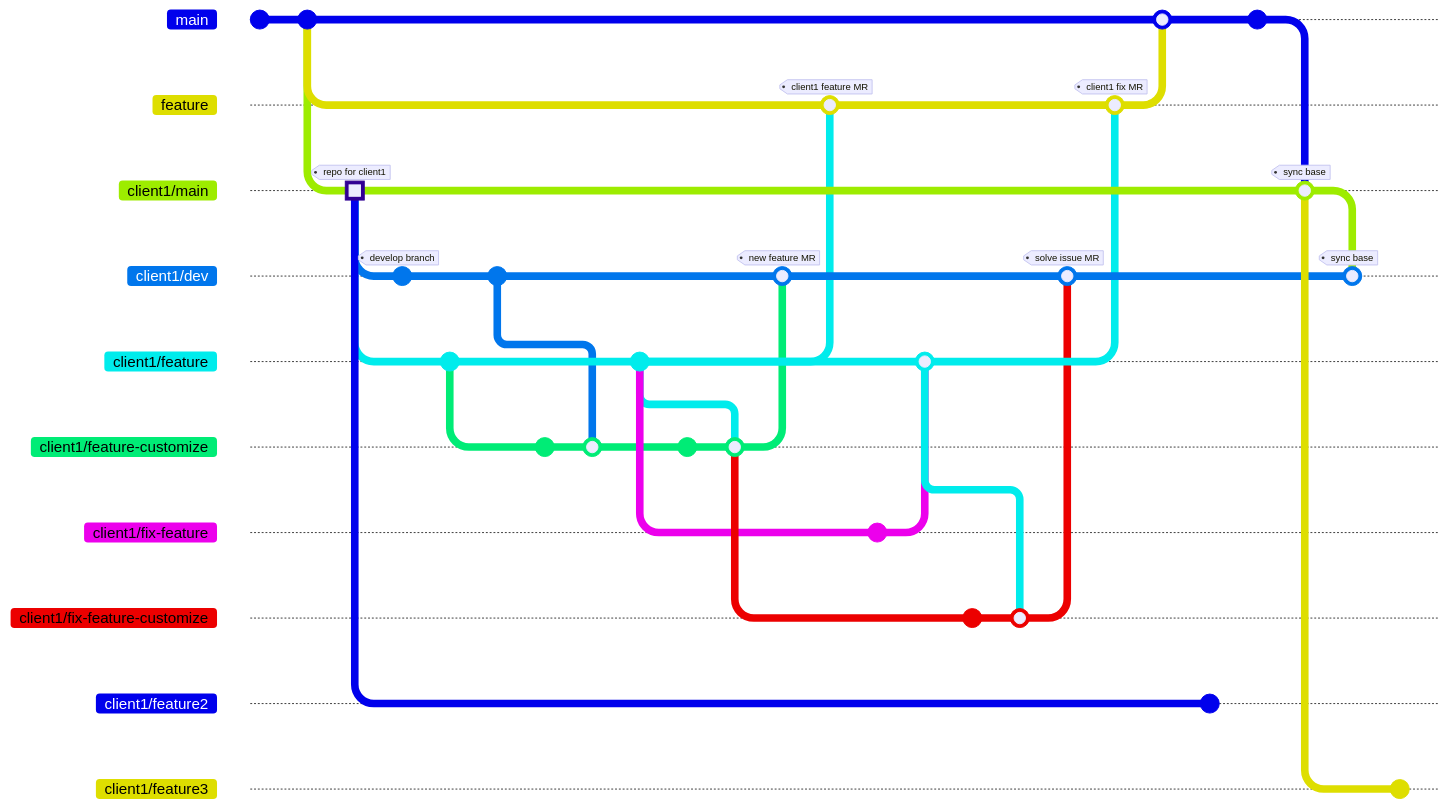
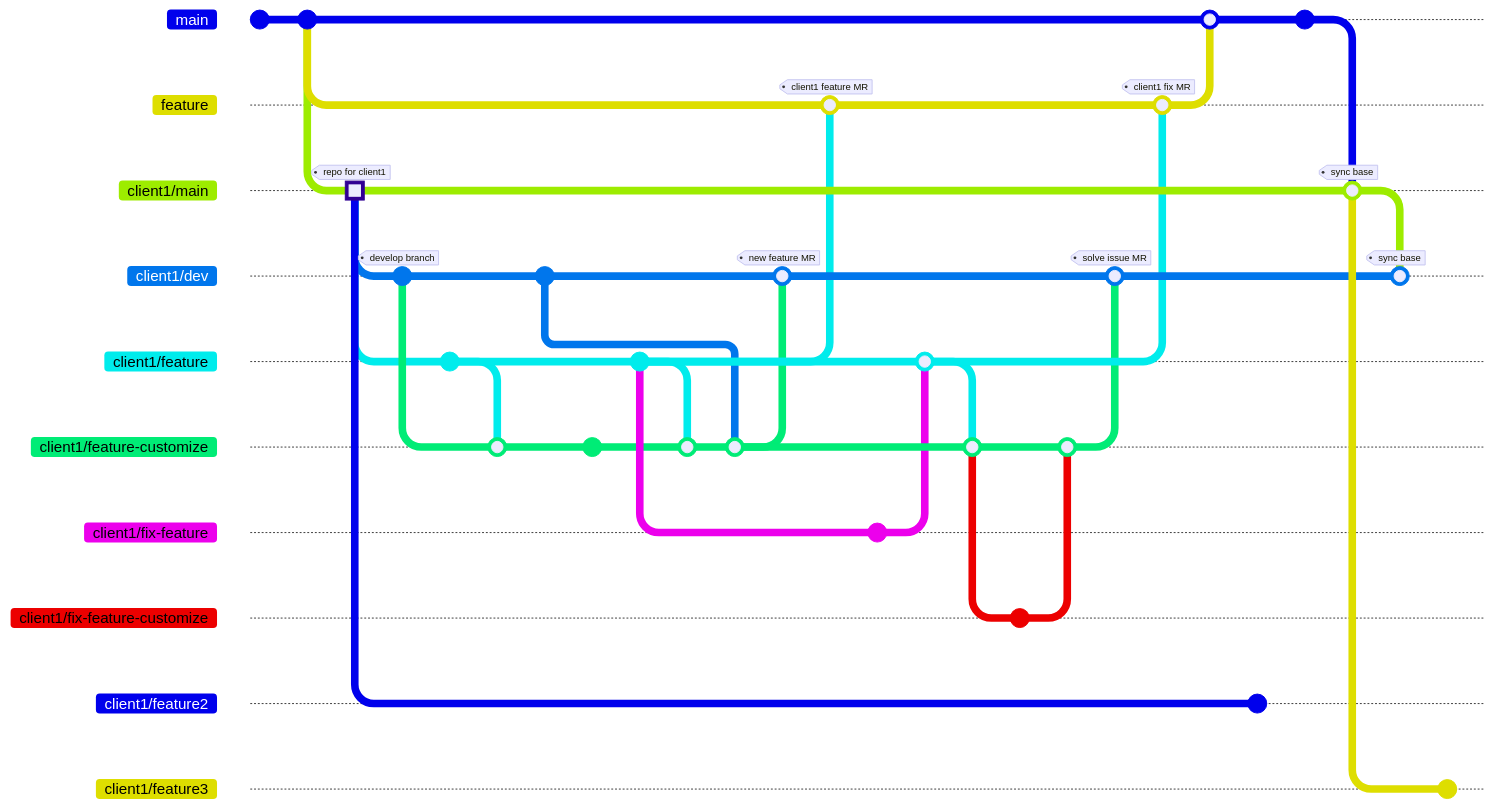
One commit to tsengyushiang/notes changed the second of 2 diagrams in git/workflow.md. Above: the diagram before and after it, drawn with Mermaid. Commit ids are hidden.

````diff
--- a/git/workflow.md
+++ b/git/workflow.md
@@ -40,58 +40,61 @@
 ```mermaid
 %%{init: { 'gitGraph': {'showCommitLabel': false}} }%%
 
 gitGraph
     commit
     commit
     branch feature
     branch client1/main
     commit tag:"repo for client1" type: HIGHLIGHT
     branch client1/dev
     commit tag:"develop branch"
     checkout client1/main
     branch client1/feature
     commit
     checkout client1/dev
+    branch client1/feature-customize
+    merge client1/feature
+    checkout client1/dev
     commit id:"other feature"
-    checkout client1/feature
-    branch client1/feature-customize
+    checkout client1/feature-customize
     commit
-    merge client1/dev
     checkout client1/feature
     commit
     checkout client1/feature-customize
-    commit
     merge client1/feature
+    merge client1/dev
     checkout client1/dev
     merge client1/feature-customize tag:"new feature MR"
     checkout feature
     merge client1/feature tag:"client1 feature MR"
     checkout client1/feature
     branch client1/fix-feature
     commit
     checkout client1/feature
     merge client1/fix-feature
     checkout client1/feature-customize
+    merge client1/feature
     branch client1/fix-feature-customize
     commit
-    merge client1/feature
+    checkout client1/feature-customize
+    merge client1/fix-feature-customize
     checkout client1/dev
-    merge client1/fix-feature-customize tag:"solve issue MR"
+    merge client1/feature-customize  tag:"solve issue MR"
     checkout main
     checkout feature
     merge client1/feature tag:"client1 fix MR"
     checkout main
     merge feature
     checkout client1/main
     branch client1/feature2
     commit
     checkout main
     commit
     checkout client1/main
     merge main tag:"sync base"
     checkout client1/dev
     merge client1/main tag:"sync base"
     checkout client1/main
     branch client1/feature3
     commit
 ```
````
